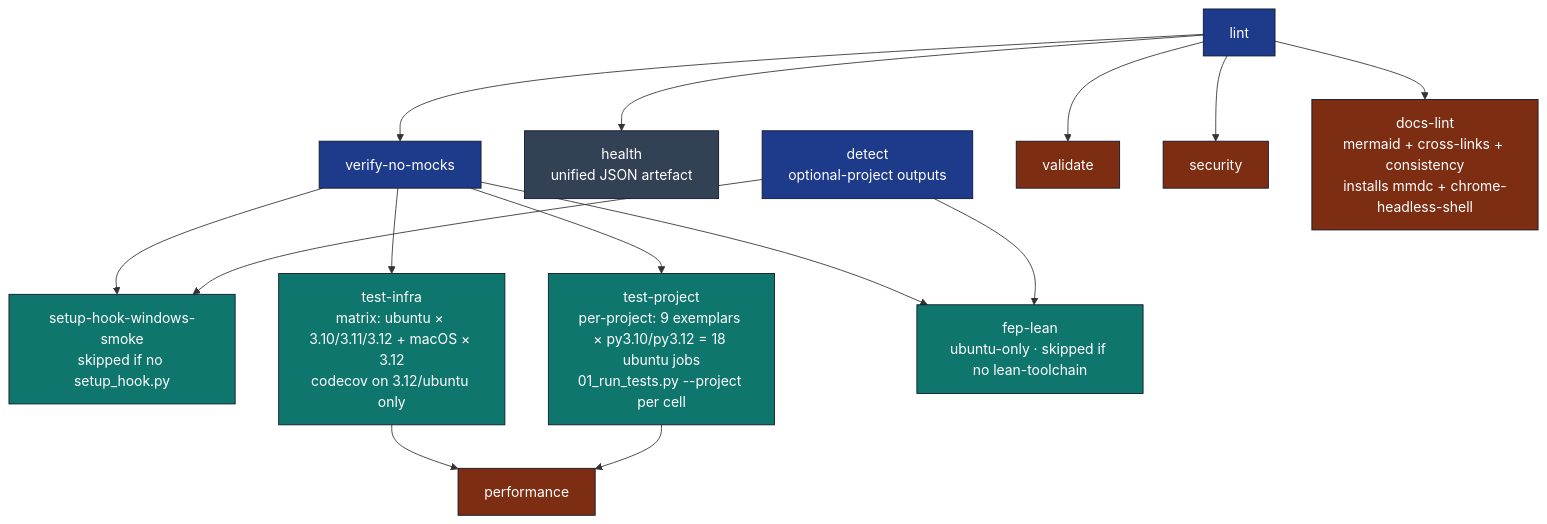
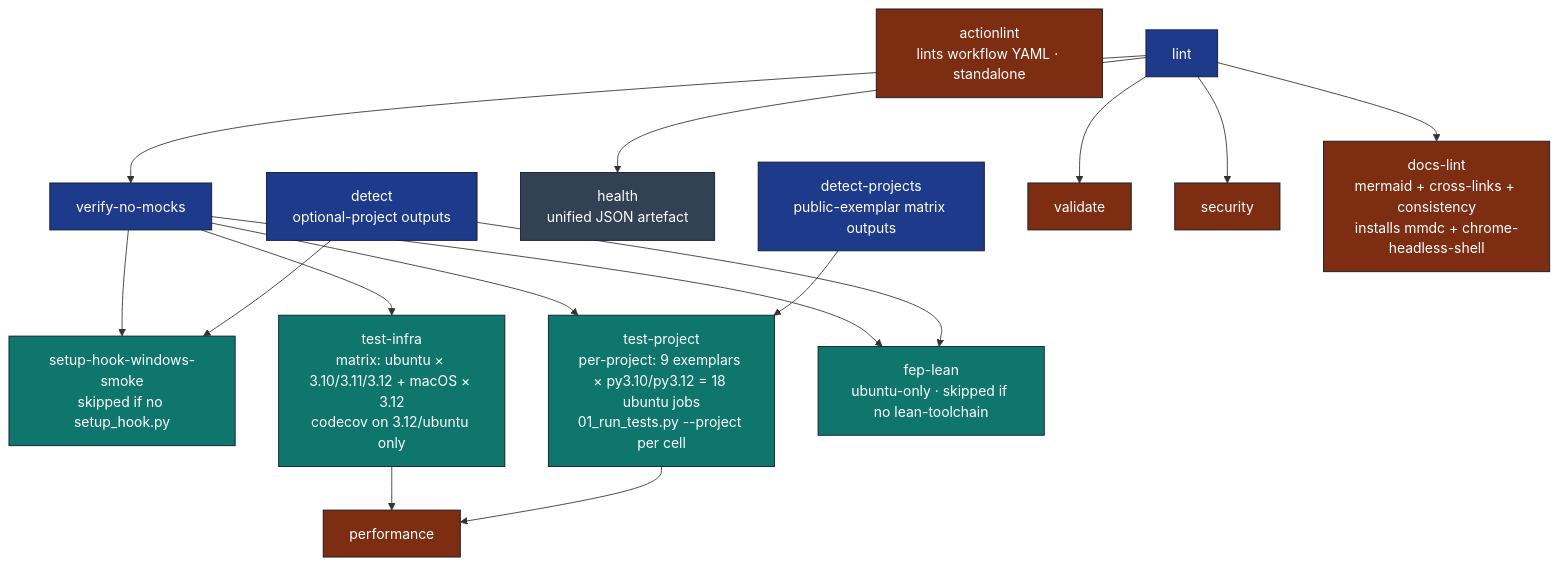
One commit to docxology/template changed the second of 2 diagrams in .github/workflows/AGENTS.md. Above: the diagram before and after it, drawn with Mermaid. The commit also changed other lines of this file and 18 other files, not shown here.

````diff
--- a/.github/workflows/AGENTS.md
+++ b/.github/workflows/AGENTS.md
@@ -44,26 +44,29 @@
 ```mermaid
 flowchart TB
     DET[detect<br/>optional-project outputs]
+    DETP[detect-projects<br/>public-exemplar matrix outputs]
+    ACTLINT[actionlint<br/>lints workflow YAML · standalone]
     LINT[lint] --> HEALTH[health<br/>unified JSON artefact]
     LINT --> VNM[verify-no-mocks]
     LINT --> VAL[validate]
     LINT --> SEC[security]
     LINT --> DL[docs-lint<br/>mermaid + cross-links + consistency<br/>installs mmdc + chrome-headless-shell]
     VNM --> SHW[setup-hook-windows-smoke<br/>skipped if no setup_hook.py]
     VNM --> TI[test-infra<br/>matrix: ubuntu × 3.10/3.11/3.12 + macOS × 3.12<br/>codecov on 3.12/ubuntu only]
     VNM --> TP[test-project<br/>per-project: 9 exemplars × py3.10/py3.12 = 18 ubuntu jobs<br/>01_run_tests.py --project per cell]
     VNM --> FL[fep-lean<br/>ubuntu-only · skipped if no lean-toolchain]
     DET --> SHW
     DET --> FL
+    DETP --> TP
     TI --> PERF[performance]
     TP --> PERF
 
     classDef gate fill:#1e3a8a,stroke:#0f172a,color:#fff
     classDef matrix fill:#0f766e,stroke:#0f172a,color:#fff
     classDef terminal fill:#7c2d12,stroke:#0f172a,color:#fff
     classDef info fill:#334155,stroke:#0f172a,color:#fff
-    class DET,LINT,VNM gate
+    class DET,DETP,LINT,VNM gate
     class TI,TP,FL,SHW matrix
-    class VAL,SEC,DL,PERF terminal
+    class VAL,SEC,DL,PERF,ACTLINT terminal
     class HEALTH info
 ```
````
